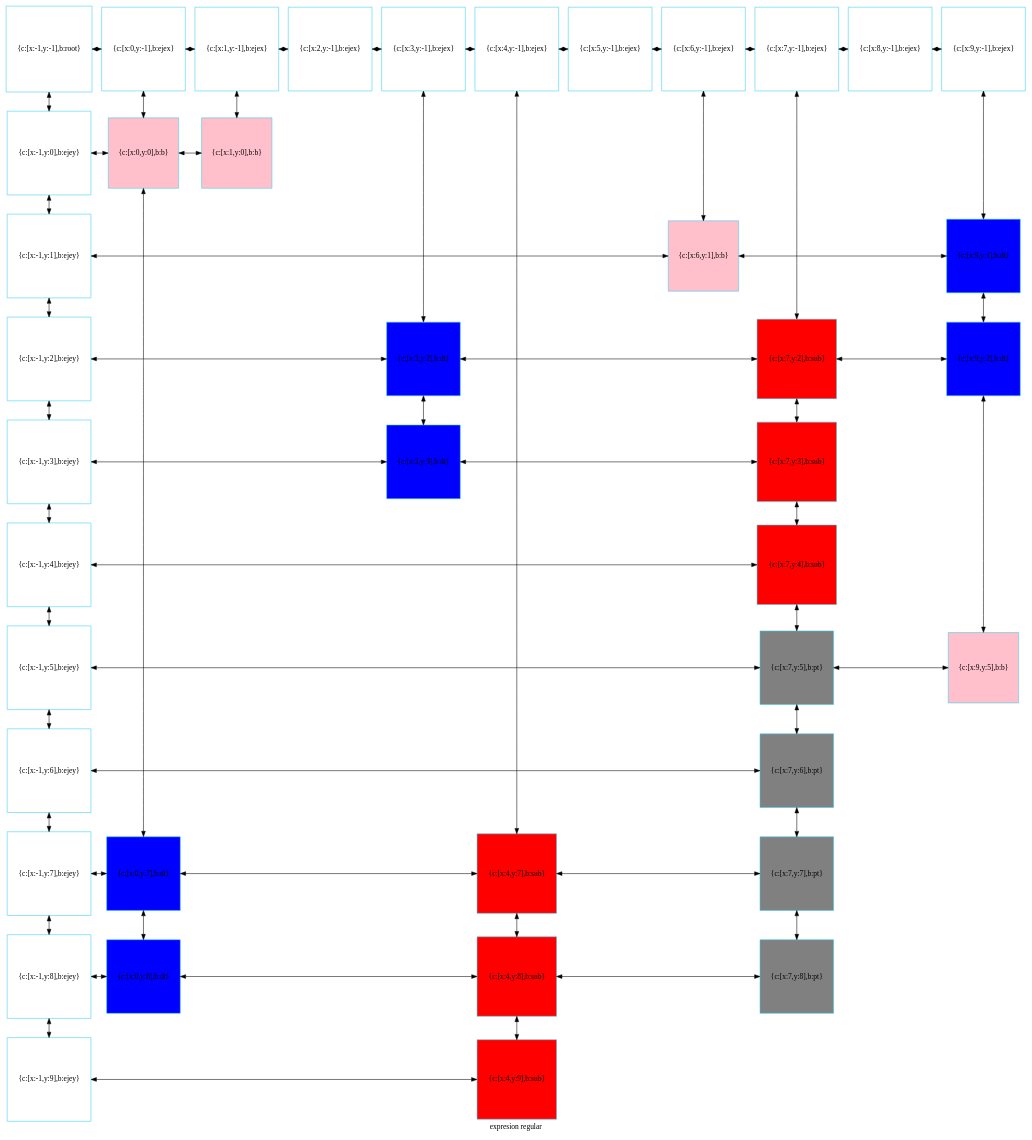
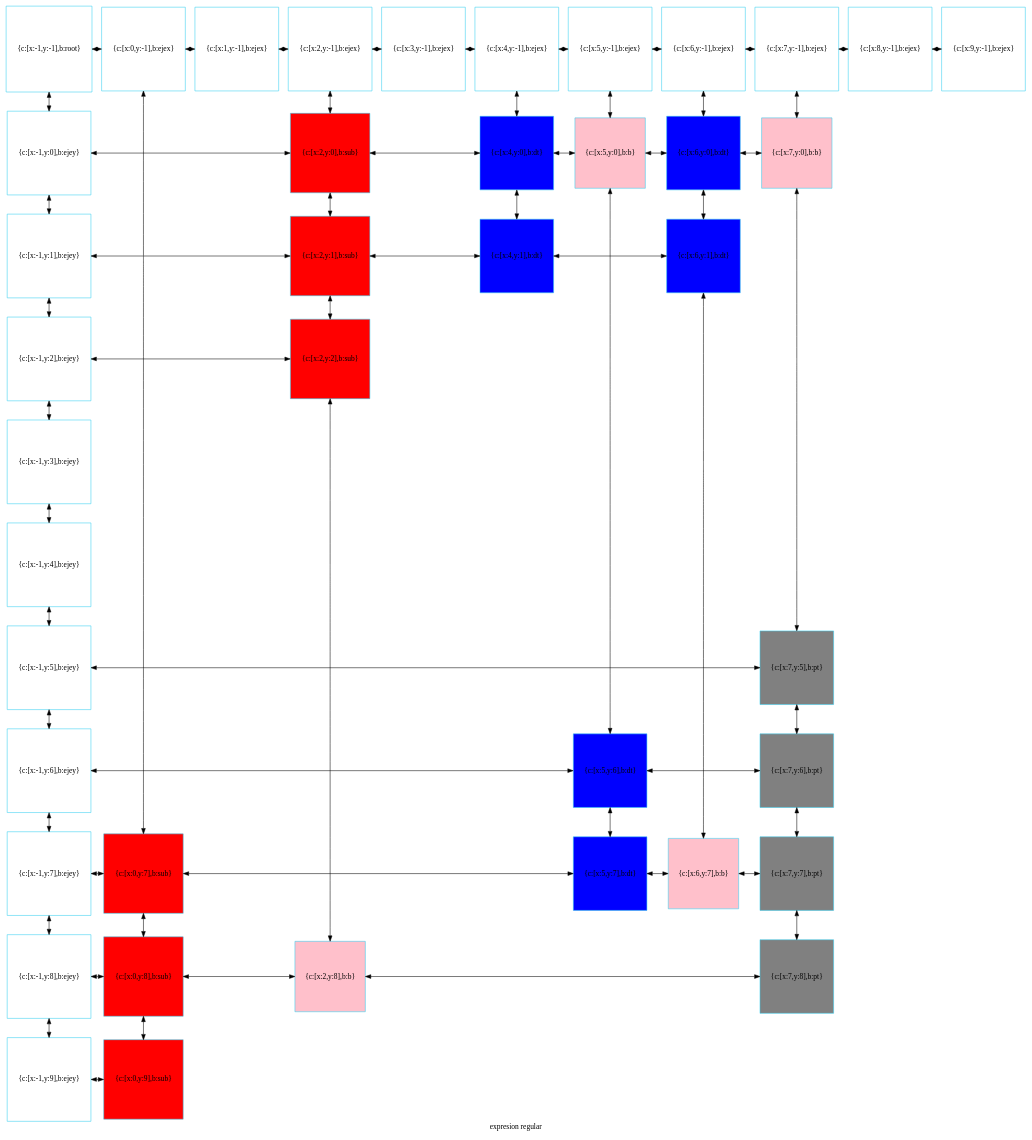
One commit to betebetoven/EDDS2F2 changed the diagram in compu.dot. Above: the diagram before and after it, drawn with Graphviz. The commit also changed 35 other files, not shown here.

```diff
--- a/compu.dot
+++ b/compu.dot
@@ -1,121 +1,121 @@
 digraph G
 {label="expresion regular"
         node[shape = square]
         node[style = filled]
         node[fillcolor = "#EEEEE"]
         node[color = "#EEEEE"]
         node[color = "#31CEF0"]
 
-2268185754688[label="{c:[x:-1,y:-1],b:root}",fillcolor = "white"]
-2268185754448[label="{c:[x:0,y:-1],b:ejex}",fillcolor = "white"]
-2268185754592[label="{c:[x:1,y:-1],b:ejex}",fillcolor = "white"]
-2268185755504[label="{c:[x:2,y:-1],b:ejex}",fillcolor = "white"]
-2268186034336[label="{c:[x:3,y:-1],b:ejex}",fillcolor = "white"]
-2268186034384[label="{c:[x:4,y:-1],b:ejex}",fillcolor = "white"]
-2268186034528[label="{c:[x:5,y:-1],b:ejex}",fillcolor = "white"]
-2268186034672[label="{c:[x:6,y:-1],b:ejex}",fillcolor = "white"]
-2268186034816[label="{c:[x:7,y:-1],b:ejex}",fillcolor = "white"]
-2268186034960[label="{c:[x:8,y:-1],b:ejex}",fillcolor = "white"]
-2268186035104[label="{c:[x:9,y:-1],b:ejex}",fillcolor = "white"]
-2268186035248[label="{c:[x:-1,y:0],b:ejey}",fillcolor = "white"]
-2268186042160[label="{c:[x:0,y:0],b:b}",fillcolor = "pink"]
-2268186042496[label="{c:[x:1,y:0],b:b}",fillcolor = "pink"]
-2268186035392[label="{c:[x:-1,y:1],b:ejey}",fillcolor = "white"]
-2268186042976[label="{c:[x:6,y:1],b:b}",fillcolor = "pink"]
-2268186040816[label="{c:[x:9,y:1],b:dt}",fillcolor = "blue"]
-2268186035536[label="{c:[x:-1,y:2],b:ejey}",fillcolor = "white"]
-2268186040144[label="{c:[x:3,y:2],b:dt}",fillcolor = "blue"]
-2268186038128[label="{c:[x:7,y:2],b:sub}",fillcolor = "red"]
-2268186041824[label="{c:[x:9,y:2],b:dt}",fillcolor = "blue"]
-2268186035680[label="{c:[x:-1,y:3],b:ejey}",fillcolor = "white"]
-2268186040480[label="{c:[x:3,y:3],b:dt}",fillcolor = "blue"]
-2268186038464[label="{c:[x:7,y:3],b:sub}",fillcolor = "red"]
-2268186035824[label="{c:[x:-1,y:4],b:ejey}",fillcolor = "white"]
-2268186038800[label="{c:[x:7,y:4],b:sub}",fillcolor = "red"]
-2268186035968[label="{c:[x:-1,y:5],b:ejey}",fillcolor = "white"]
-2268186036784[label="{c:[x:7,y:5],b:pt}",fillcolor = "gray"]
-2268186042928[label="{c:[x:9,y:5],b:b}",fillcolor = "pink"]
-2268186036112[label="{c:[x:-1,y:6],b:ejey}",fillcolor = "white"]
-2268186037120[label="{c:[x:7,y:6],b:pt}",fillcolor = "gray"]
-2268186036256[label="{c:[x:-1,y:7],b:ejey}",fillcolor = "white"]
-2268186040864[label="{c:[x:0,y:7],b:dt}",fillcolor = "blue"]
-2268186039136[label="{c:[x:4,y:7],b:sub}",fillcolor = "red"]
-2268186037456[label="{c:[x:7,y:7],b:pt}",fillcolor = "gray"]
-2268186036400[label="{c:[x:-1,y:8],b:ejey}",fillcolor = "white"]
-2268186041200[label="{c:[x:0,y:8],b:dt}",fillcolor = "blue"]
-2268186039472[label="{c:[x:4,y:8],b:sub}",fillcolor = "red"]
-2268186037792[label="{c:[x:7,y:8],b:pt}",fillcolor = "gray"]
-2268186036544[label="{c:[x:-1,y:9],b:ejey}",fillcolor = "white"]
-2268186039808[label="{c:[x:4,y:9],b:sub}",fillcolor = "red"]
-2268185754688->2268186035248[dir = both];
-2268186035248->2268186035392[dir = both];
-2268186035392->2268186035536[dir = both];
-2268186035536->2268186035680[dir = both];
-2268186035680->2268186035824[dir = both];
-2268186035824->2268186035968[dir = both];
-2268186035968->2268186036112[dir = both];
-2268186036112->2268186036256[dir = both];
-2268186036256->2268186036400[dir = both];
-2268186036400->2268186036544[dir = both];
-2268185754448->2268186042160[dir = both];
-2268186042160->2268186040864[dir = both];
-2268186040864->2268186041200[dir = both];
-2268185754592->2268186042496[dir = both];
-2268186034336->2268186040144[dir = both];
-2268186040144->2268186040480[dir = both];
-2268186034384->2268186039136[dir = both];
-2268186039136->2268186039472[dir = both];
-2268186039472->2268186039808[dir = both];
-2268186034672->2268186042976[dir = both];
-2268186034816->2268186038128[dir = both];
-2268186038128->2268186038464[dir = both];
-2268186038464->2268186038800[dir = both];
-2268186038800->2268186036784[dir = both];
-2268186036784->2268186037120[dir = both];
-2268186037120->2268186037456[dir = both];
-2268186037456->2268186037792[dir = both];
-2268186035104->2268186040816[dir = both];
-2268186040816->2268186041824[dir = both];
-2268186041824->2268186042928[dir = both];
-2268185754688->2268185754448[dir = both];
-2268185754448->2268185754592[dir = both];
-2268185754592->2268185755504[dir = both];
-2268185755504->2268186034336[dir = both];
-2268186034336->2268186034384[dir = both];
-2268186034384->2268186034528[dir = both];
-2268186034528->2268186034672[dir = both];
-2268186034672->2268186034816[dir = both];
-2268186034816->2268186034960[dir = both];
-2268186034960->2268186035104[dir = both];
-2268186035248->2268186042160[constraint=false,dir = both];
-2268186042160->2268186042496[constraint=false,dir = both];
-2268186035392->2268186042976[constraint=false,dir = both];
-2268186042976->2268186040816[constraint=false,dir = both];
-2268186035536->2268186040144[constraint=false,dir = both];
-2268186040144->2268186038128[constraint=false,dir = both];
-2268186038128->2268186041824[constraint=false,dir = both];
-2268186035680->2268186040480[constraint=false,dir = both];
-2268186040480->2268186038464[constraint=false,dir = both];
-2268186035824->2268186038800[constraint=false,dir = both];
-2268186035968->2268186036784[constraint=false,dir = both];
-2268186036784->2268186042928[constraint=false,dir = both];
-2268186036112->2268186037120[constraint=false,dir = both];
-2268186036256->2268186040864[constraint=false,dir = both];
-2268186040864->2268186039136[constraint=false,dir = both];
-2268186039136->2268186037456[constraint=false,dir = both];
-2268186036400->2268186041200[constraint=false,dir = both];
-2268186041200->2268186039472[constraint=false,dir = both];
-2268186039472->2268186037792[constraint=false,dir = both];
-2268186036544->2268186039808[constraint=false,dir = both];
- {rank=same; 2268185754688;2268185754448;2268185754592;2268185755504;2268186034336;2268186034384;2268186034528;2268186034672;2268186034816;2268186034960;2268186035104;}
- {rank=same; 2268186035248;2268186042160;2268186042496;}
- {rank=same; 2268186035392;2268186042976;2268186040816;}
- {rank=same; 2268186035536;2268186040144;2268186038128;2268186041824;}
- {rank=same; 2268186035680;2268186040480;2268186038464;}
- {rank=same; 2268186035824;2268186038800;}
- {rank=same; 2268186035968;2268186036784;2268186042928;}
- {rank=same; 2268186036112;2268186037120;}
- {rank=same; 2268186036256;2268186040864;2268186039136;2268186037456;}
- {rank=same; 2268186036400;2268186041200;2268186039472;2268186037792;}
- {rank=same; 2268186036544;2268186039808;}
+2390411931712[label="{c:[x:-1,y:-1],b:root}",fillcolor = "white"]
+2390411933680[label="{c:[x:0,y:-1],b:ejex}",fillcolor = "white"]
+2390411933008[label="{c:[x:1,y:-1],b:ejex}",fillcolor = "white"]
+2390411931664[label="{c:[x:2,y:-1],b:ejex}",fillcolor = "white"]
+2390411933728[label="{c:[x:3,y:-1],b:ejex}",fillcolor = "white"]
+2390321775328[label="{c:[x:4,y:-1],b:ejex}",fillcolor = "white"]
+2390411969728[label="{c:[x:5,y:-1],b:ejex}",fillcolor = "white"]
+2390411975296[label="{c:[x:6,y:-1],b:ejex}",fillcolor = "white"]
+2390411975344[label="{c:[x:7,y:-1],b:ejex}",fillcolor = "white"]
+2390411975680[label="{c:[x:8,y:-1],b:ejex}",fillcolor = "white"]
+2390411975824[label="{c:[x:9,y:-1],b:ejex}",fillcolor = "white"]
+2390411975968[label="{c:[x:-1,y:0],b:ejey}",fillcolor = "white"]
+2390411971936[label="{c:[x:2,y:0],b:sub}",fillcolor = "red"]
+2390411978272[label="{c:[x:4,y:0],b:dt}",fillcolor = "blue"]
+2390411979616[label="{c:[x:5,y:0],b:b}",fillcolor = "pink"]
+2390411977600[label="{c:[x:6,y:0],b:dt}",fillcolor = "blue"]
+2390411978944[label="{c:[x:7,y:0],b:b}",fillcolor = "pink"]
+2390411976112[label="{c:[x:-1,y:1],b:ejey}",fillcolor = "white"]
+2390411973232[label="{c:[x:2,y:1],b:sub}",fillcolor = "red"]
+2390411978608[label="{c:[x:4,y:1],b:dt}",fillcolor = "blue"]
+2390411977936[label="{c:[x:6,y:1],b:dt}",fillcolor = "blue"]
+2390411976256[label="{c:[x:-1,y:2],b:ejey}",fillcolor = "white"]
+2390411974288[label="{c:[x:2,y:2],b:sub}",fillcolor = "red"]
+2390411976400[label="{c:[x:-1,y:3],b:ejey}",fillcolor = "white"]
+2390411976544[label="{c:[x:-1,y:4],b:ejey}",fillcolor = "white"]
+2390411976688[label="{c:[x:-1,y:5],b:ejey}",fillcolor = "white"]
+2390342759712[label="{c:[x:7,y:5],b:pt}",fillcolor = "gray"]
+2390411976832[label="{c:[x:-1,y:6],b:ejey}",fillcolor = "white"]
+2390411972800[label="{c:[x:5,y:6],b:dt}",fillcolor = "blue"]
+2390342757888[label="{c:[x:7,y:6],b:pt}",fillcolor = "gray"]
+2390411976976[label="{c:[x:-1,y:7],b:ejey}",fillcolor = "white"]
+2390411921344[label="{c:[x:0,y:7],b:sub}",fillcolor = "red"]
+2390411973904[label="{c:[x:5,y:7],b:dt}",fillcolor = "blue"]
+2390411980000[label="{c:[x:6,y:7],b:b}",fillcolor = "pink"]
+2390343000336[label="{c:[x:7,y:7],b:pt}",fillcolor = "gray"]
+2390411977120[label="{c:[x:-1,y:8],b:ejey}",fillcolor = "white"]
+2390411920672[label="{c:[x:0,y:8],b:sub}",fillcolor = "red"]
+2390411979280[label="{c:[x:2,y:8],b:b}",fillcolor = "pink"]
+2390411919712[label="{c:[x:7,y:8],b:pt}",fillcolor = "gray"]
+2390411977264[label="{c:[x:-1,y:9],b:ejey}",fillcolor = "white"]
+2390411921632[label="{c:[x:0,y:9],b:sub}",fillcolor = "red"]
+2390411931712->2390411975968[dir = both];
+2390411975968->2390411976112[dir = both];
+2390411976112->2390411976256[dir = both];
+2390411976256->2390411976400[dir = both];
+2390411976400->2390411976544[dir = both];
+2390411976544->2390411976688[dir = both];
+2390411976688->2390411976832[dir = both];
+2390411976832->2390411976976[dir = both];
+2390411976976->2390411977120[dir = both];
+2390411977120->2390411977264[dir = both];
+2390411933680->2390411921344[dir = both];
+2390411921344->2390411920672[dir = both];
+2390411920672->2390411921632[dir = both];
+2390411931664->2390411971936[dir = both];
+2390411971936->2390411973232[dir = both];
+2390411973232->2390411974288[dir = both];
+2390411974288->2390411979280[dir = both];
+2390321775328->2390411978272[dir = both];
+2390411978272->2390411978608[dir = both];
+2390411969728->2390411979616[dir = both];
+2390411979616->2390411972800[dir = both];
+2390411972800->2390411973904[dir = both];
+2390411975296->2390411977600[dir = both];
+2390411977600->2390411977936[dir = both];
+2390411977936->2390411980000[dir = both];
+2390411975344->2390411978944[dir = both];
+2390411978944->2390342759712[dir = both];
+2390342759712->2390342757888[dir = both];
+2390342757888->2390343000336[dir = both];
+2390343000336->2390411919712[dir = both];
+2390411931712->2390411933680[dir = both];
+2390411933680->2390411933008[dir = both];
+2390411933008->2390411931664[dir = both];
+2390411931664->2390411933728[dir = both];
+2390411933728->2390321775328[dir = both];
+2390321775328->2390411969728[dir = both];
+2390411969728->2390411975296[dir = both];
+2390411975296->2390411975344[dir = both];
+2390411975344->2390411975680[dir = both];
+2390411975680->2390411975824[dir = both];
+2390411975968->2390411971936[constraint=false,dir = both];
+2390411971936->2390411978272[constraint=false,dir = both];
+2390411978272->2390411979616[constraint=false,dir = both];
+2390411979616->2390411977600[constraint=false,dir = both];
+2390411977600->2390411978944[constraint=false,dir = both];
+2390411976112->2390411973232[constraint=false,dir = both];
+2390411973232->2390411978608[constraint=false,dir = both];
+2390411978608->2390411977936[constraint=false,dir = both];
+2390411976256->2390411974288[constraint=false,dir = both];
+2390411976688->2390342759712[constraint=false,dir = both];
+2390411976832->2390411972800[constraint=false,dir = both];
+2390411972800->2390342757888[constraint=false,dir = both];
+2390411976976->2390411921344[constraint=false,dir = both];
+2390411921344->2390411973904[constraint=false,dir = both];
+2390411973904->2390411980000[constraint=false,dir = both];
+2390411980000->2390343000336[constraint=false,dir = both];
+2390411977120->2390411920672[constraint=false,dir = both];
+2390411920672->2390411979280[constraint=false,dir = both];
+2390411979280->2390411919712[constraint=false,dir = both];
+2390411977264->2390411921632[constraint=false,dir = both];
+ {rank=same; 2390411931712;2390411933680;2390411933008;2390411931664;2390411933728;2390321775328;2390411969728;2390411975296;2390411975344;2390411975680;2390411975824;}
+ {rank=same; 2390411975968;2390411971936;2390411978272;2390411979616;2390411977600;2390411978944;}
+ {rank=same; 2390411976112;2390411973232;2390411978608;2390411977936;}
+ {rank=same; 2390411976256;2390411974288;}
+ {rank=same; 2390411976400;}
+ {rank=same; 2390411976544;}
+ {rank=same; 2390411976688;2390342759712;}
+ {rank=same; 2390411976832;2390411972800;2390342757888;}
+ {rank=same; 2390411976976;2390411921344;2390411973904;2390411980000;2390343000336;}
+ {rank=same; 2390411977120;2390411920672;2390411979280;2390411919712;}
+ {rank=same; 2390411977264;2390411921632;}
 }
```
